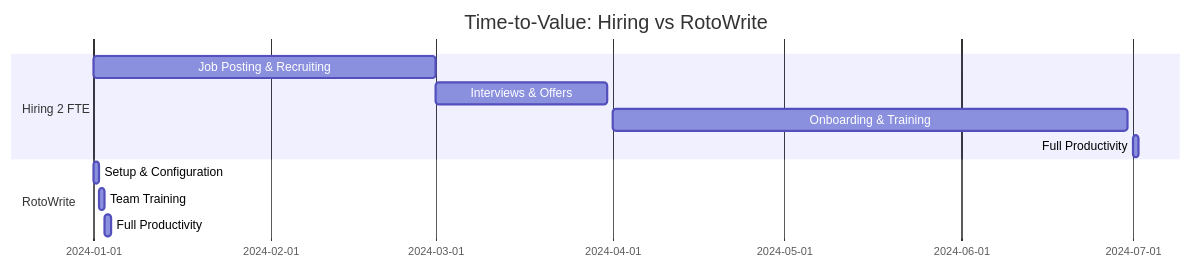
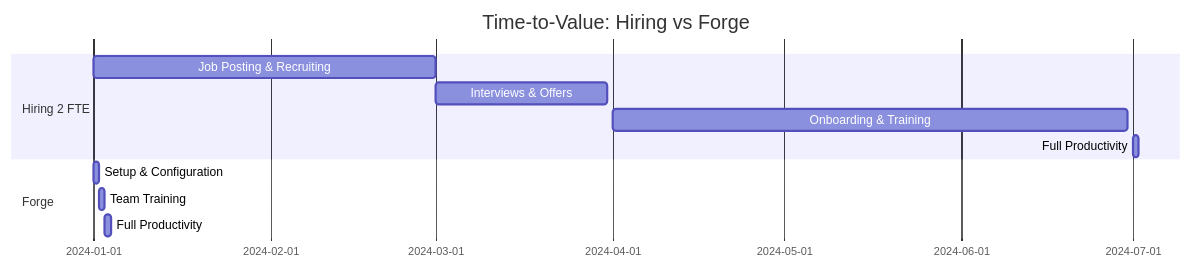
One commit to verygooddesigners/forge changed the sixth of 6 diagrams in presentation-diagrams/time-savings-visualization.md. Above: the diagram before and after it, drawn with Mermaid. The commit also changed other lines of this file and 132 other files, not shown here.

First line of the commit message:
Rename application from RotoWrite to Forge

````diff
--- a/presentation-diagrams/time-savings-visualization.md
+++ b/presentation-diagrams/time-savings-visualization.md
@@ -275,16 +275,16 @@
 ```mermaid
 gantt
-    title Time-to-Value: Hiring vs RotoWrite
+    title Time-to-Value: Hiring vs Forge
     dateFormat YYYY-MM-DD
     
     section Hiring 2 FTE
     Job Posting & Recruiting     :2024-01-01, 60d
     Interviews & Offers          :2024-03-01, 30d
     Onboarding & Training        :2024-04-01, 90d
     Full Productivity            :2024-07-01, 1d
     
-    section RotoWrite
+    section Forge
     Setup & Configuration        :2024-01-01, 1d
     Team Training                :2024-01-02, 1d
     Full Productivity            :2024-01-03, 1d
 ```
````
